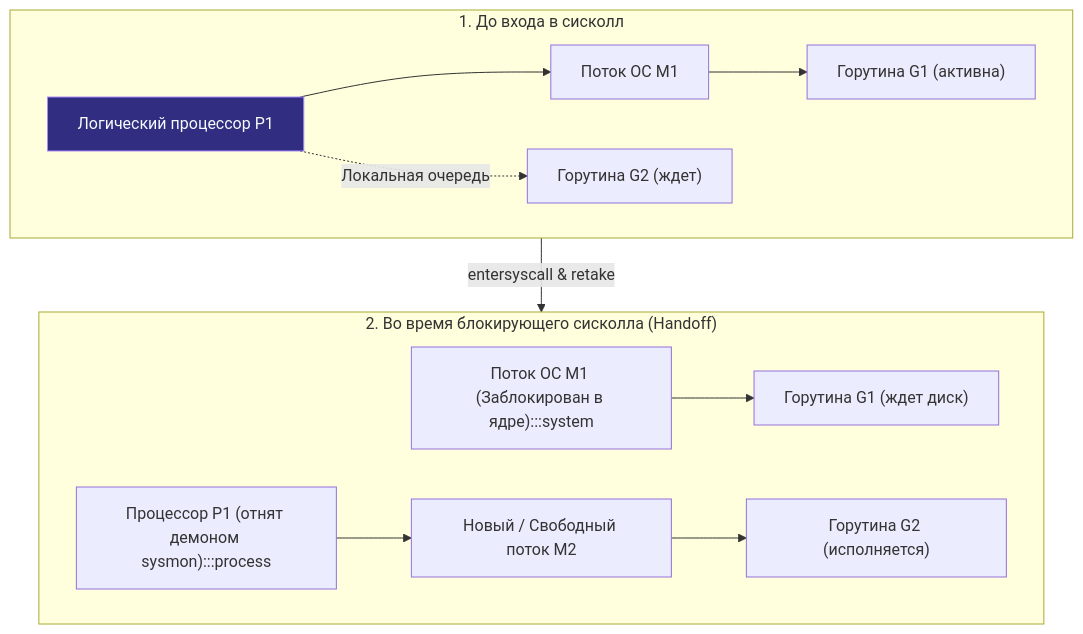
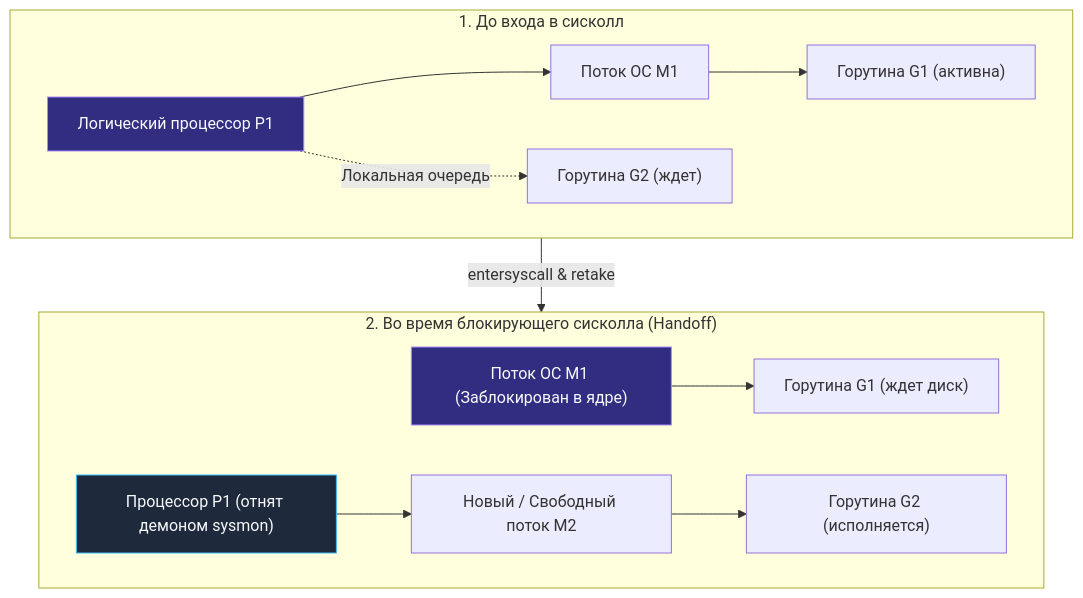
The diagram in sources/1. Архитектура компьютера/34. Аппаратные прерывания и Системные вызовы.md (UnrealTemplier/go-textbook-ru), drawn with Mermaid before and after one commit. The commit also changed other lines of this file and 77 other files, not shown here.

````diff
--- a/sources/1. Архитектура компьютера/34. Аппаратные прерывания и Системные вызовы.md
+++ b/sources/1. Архитектура компьютера/34. Аппаратные прерывания и Системные вызовы.md
@@ -105,26 +105,26 @@
 ```mermaid
 flowchart TD
     classDef process  fill:#1e293b,stroke:#38bdf8,stroke-width:1px,color:#f8fafc
     classDef success  fill:#064e3b,stroke:#34d399,stroke-width:1px,color:#f8fafc
     classDef error    fill:#7f1d1d,stroke:#f87171,stroke-width:1px,color:#f8fafc
     classDef warning  fill:#78350f,stroke:#fbbf24,stroke-width:1px,color:#f8fafc
     classDef entry    fill:#1e3a5f,stroke:#38bdf8,stroke-width:2px,color:#f8fafc
     classDef aux      fill:#334155,stroke:#64748b,stroke-width:1px,color:#f8fafc
     classDef system   fill:#312e81,stroke:#a78bfa,stroke-width:1px,color:#f8fafc
     classDef data     fill:#132d29,stroke:#2dd4bf,stroke-width:1px,color:#f8fafc
     classDef network  fill:#881337,stroke:#fb7185,stroke-width:1px,color:#f8fafc
     classDef accent   fill:#1e1b4b,stroke:#818cf8,stroke-width:1px,color:#f8fafc
     subgraph Before ["1. До входа в сисколл"]
         P1["Логический процессор P1"]:::system --> M1["Поток ОС M1"]
         M1 --> G1["Горутина G1 (активна)"]
         P1 -.->|Локальная очередь| G2["Горутина G2 (ждет)"]
     end
     
     subgraph During ["2. Во время блокирующего сисколла (Handoff)"]
-        M1_block["Поток ОС M1 (Заблокирован в ядре):::system"] --> G1_block["Горутина G1 (ждет диск)"]
-        P1_new["Процессор P1 (отнят демоном sysmon):::process"] --> M2["Новый / Свободный поток M2"]
+        M1_block["Поток ОС M1 (Заблокирован в ядре)"]:::system --> G1_block["Горутина G1 (ждет диск)"]
+        P1_new["Процессор P1 (отнят демоном sysmon)"]:::process --> M2["Новый / Свободный поток M2"]
         M2 --> G2_run["Горутина G2 (исполняется)"]
     end
     
     Before -->|"entersyscall & retake"| During
 ```
````
